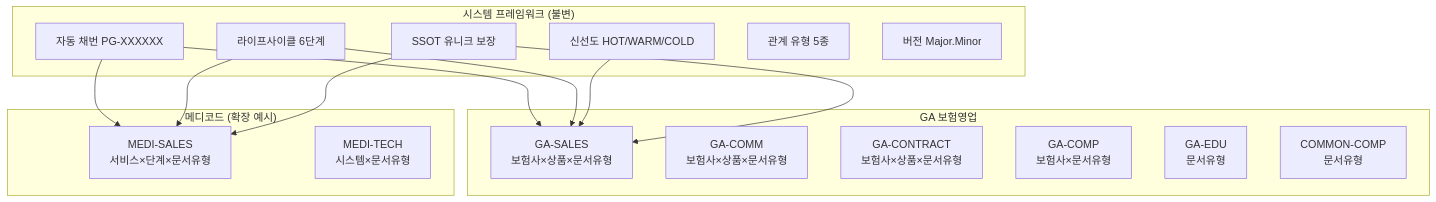
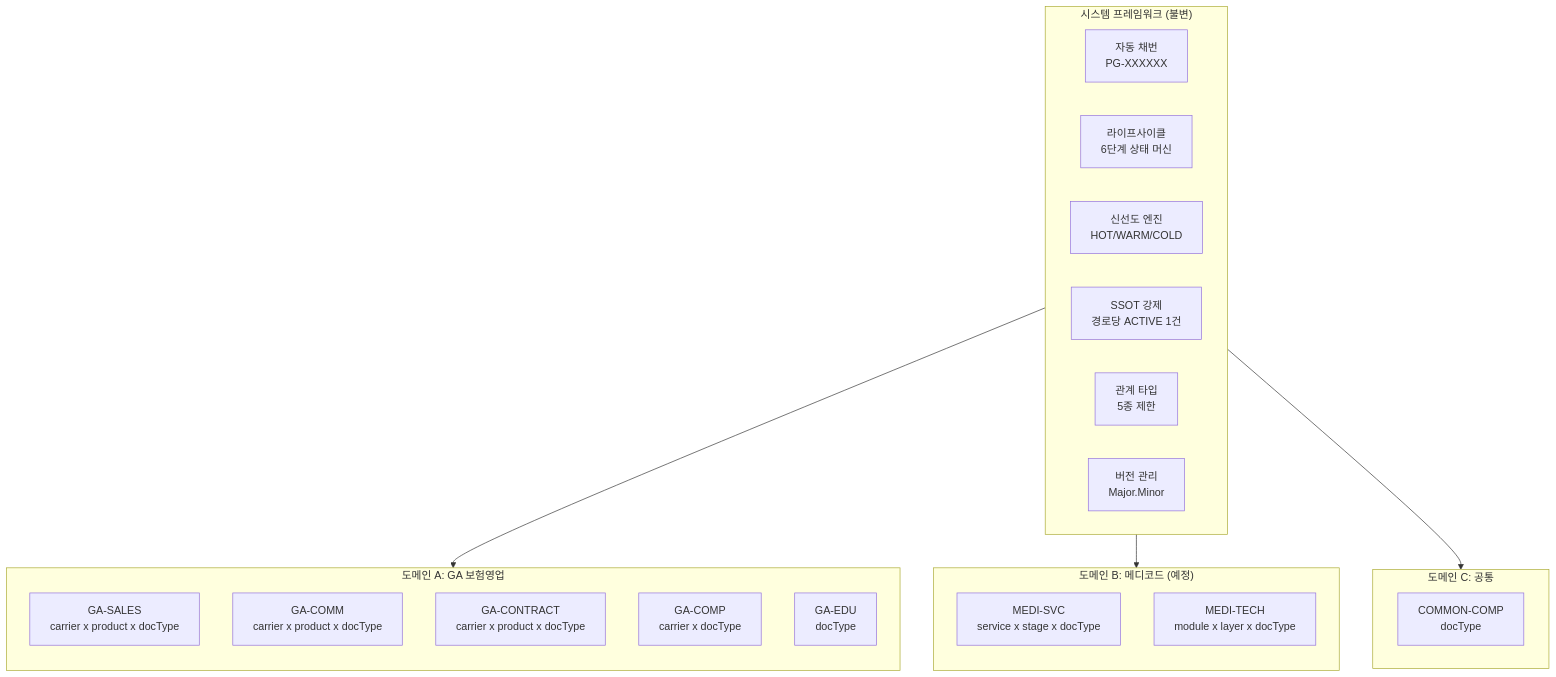
The second of 16 diagrams in docs/design/knowledge-architecture.md (eyjs/KMS), drawn with Mermaid before and after one commit. The commit also changed other lines of this file, not shown here.

````diff
--- a/docs/design/knowledge-architecture.md
+++ b/docs/design/knowledge-architecture.md
@@ -54,33 +102,35 @@
 ```mermaid
-graph TD
-    subgraph "시스템 프레임워크 (불변)"
-        ID[자동 채번 PG-XXXXXX]
-        LC[라이프사이클 6단계]
-        FR[신선도 HOT/WARM/COLD]
-        SSOT[SSOT 유니크 보장]
-        REL[관계 유형 5종]
-        VER[버전 Major.Minor]
+graph TB
+    subgraph SYSTEM["시스템 프레임워크 (불변)"]
+        direction LR
+        ID["자동 채번<br/>PG-XXXXXX"]
+        LC["라이프사이클<br/>6단계 상태 머신"]
+        FR["신선도 엔진<br/>HOT/WARM/COLD"]
+        SSOT_E["SSOT 강제<br/>경로당 ACTIVE 1건"]
+        REL["관계 타입<br/>5종 제한"]
+        VER["버전 관리<br/>Major.Minor"]
     end
 
-    subgraph "GA 보험영업"
-        GA_S[GA-SALES<br/>보험사×상품×문서유형]
-        GA_C[GA-COMM<br/>보험사×상품×문서유형]
-        GA_K[GA-CONTRACT<br/>보험사×상품×문서유형]
-        GA_P[GA-COMP<br/>보험사×문서유형]
-        GA_E[GA-EDU<br/>문서유형]
-        CM[COMMON-COMP<br/>문서유형]
+    subgraph DOMAIN_A["도메인 A: GA 보험영업"]
+        direction TB
+        GA_SALES["GA-SALES<br/>carrier x product x docType"]
+        GA_COMM["GA-COMM<br/>carrier x product x docType"]
+        GA_CONTRACT["GA-CONTRACT<br/>carrier x product x docType"]
+        GA_COMP["GA-COMP<br/>carrier x docType"]
+        GA_EDU["GA-EDU<br/>docType"]
     end
 
-    subgraph "메디코드 (확장 예시)"
-        M_S[MEDI-SALES<br/>서비스×단계×문서유형]
-        M_T[MEDI-TECH<br/>시스템×문서유형]
+    subgraph DOMAIN_B["도메인 B: 메디코드 (예정)"]
+        direction TB
+        MEDI_SVC["MEDI-SVC<br/>service x stage x docType"]
+        MEDI_TECH["MEDI-TECH<br/>module x layer x docType"]
     end
 
-    ID --> GA_S
-    ID --> M_S
-    LC --> GA_S
-    LC --> M_S
-    FR --> GA_S
-    SSOT --> GA_S
-    SSOT --> M_S
+    subgraph DOMAIN_C["도메인 C: 공통"]
+        COMMON_COMP["COMMON-COMP<br/>docType"]
+    end
+
+    SYSTEM --> DOMAIN_A
+    SYSTEM --> DOMAIN_B
+    SYSTEM --> DOMAIN_C
 ```
````
